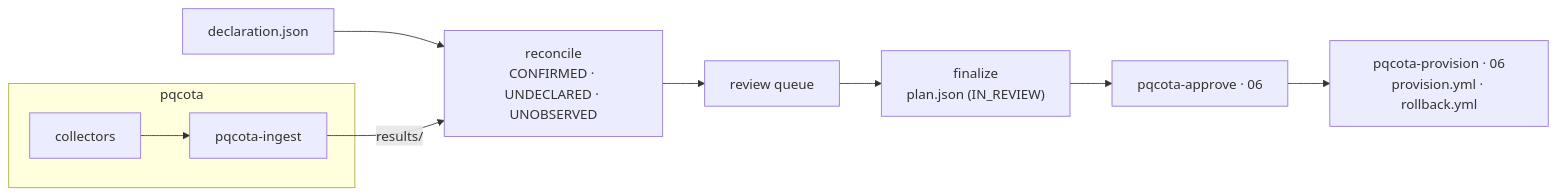
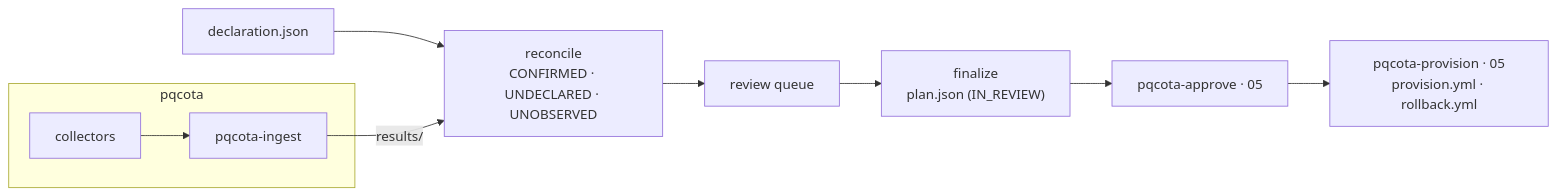
One commit to sntsoftgit/pqcaton changed the diagram in README.ko.md. Above: the diagram before and after it, drawn with Mermaid. The commit also changed other lines of this file and 130 other files, not shown here.

````diff
--- a/README.ko.md
+++ b/README.ko.md
@@ -42,10 +42,10 @@
 ```mermaid
 flowchart LR
   decl["declaration.json"] --> rec
   subgraph pqcota
     obs["collectors"] --> ing["pqcota-ingest"]
   end
   ing -- "results/" --> rec["reconcile<br/>CONFIRMED · UNDECLARED · UNOBSERVED"]
   rec --> rq["review queue"] --> fin["finalize<br/>plan.json (IN_REVIEW)"]
-  fin --> appr["pqcota-approve · 06"] --> gen["pqcota-provision · 06<br/>provision.yml · rollback.yml"]
+  fin --> appr["pqcota-approve · 05"] --> gen["pqcota-provision · 05<br/>provision.yml · rollback.yml"]
 ```
````
